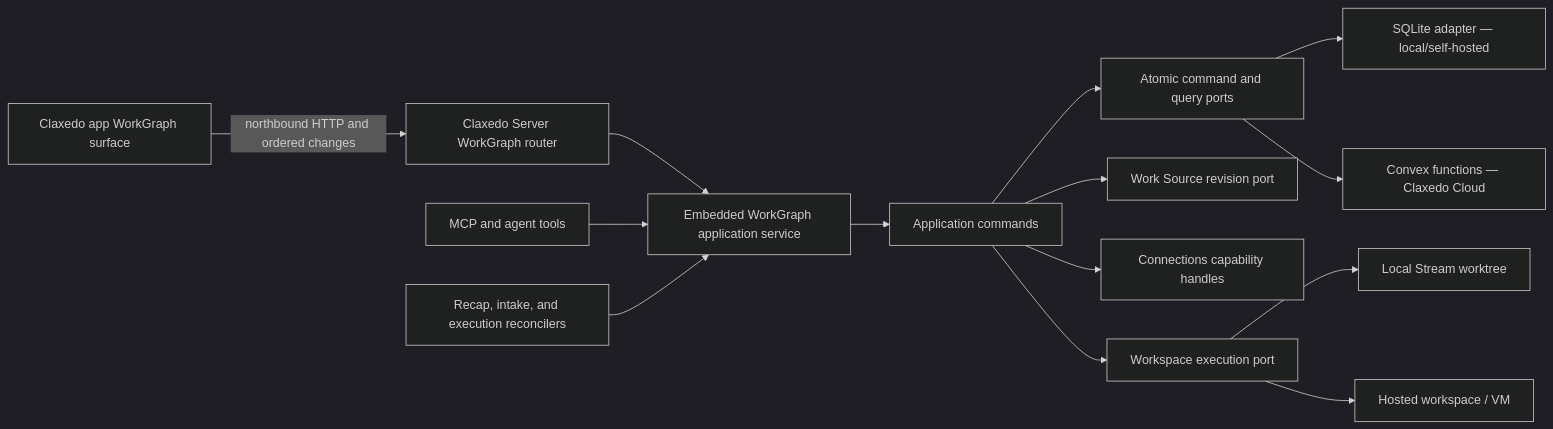
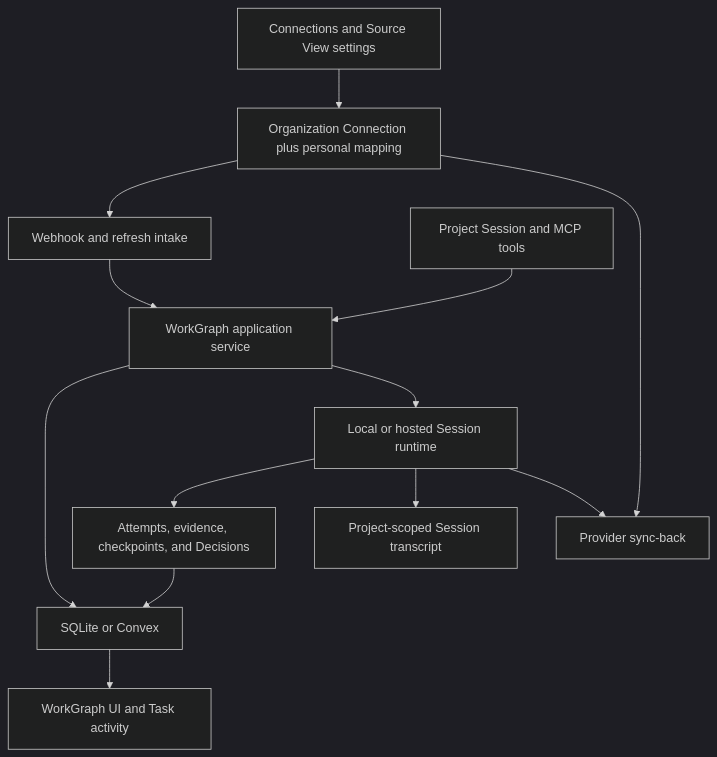
The first of 3 diagrams in docs/plans/2026-07-13-001-goal-execute-workgraph-end-to-end.md (kyashrathore/Claxedo), drawn with Mermaid (dark theme) before and after one commit. The commit also changed other lines of this file and 30 other files, not shown here.

First line of the commit message:
Refactor WorkGraph Overview and Stream Management

````diff
--- a/docs/plans/2026-07-13-001-goal-execute-workgraph-end-to-end.md
+++ b/docs/plans/2026-07-13-001-goal-execute-workgraph-end-to-end.md
@@ -204,16 +164,15 @@
 ```mermaid
-flowchart LR
-  App["Claxedo app WorkGraph surface"] -->|"northbound HTTP and ordered changes"| API["Claxedo Server WorkGraph router"]
-  API --> Embedded["Embedded WorkGraph application service"]
-  MCP["MCP and agent tools"] --> Embedded
-  Workers["Recap, intake, and execution reconcilers"] --> Embedded
-  Embedded --> Commands["Application commands"]
-  Commands --> Ports["Atomic command and query ports"]
-  Ports --> SQLite["SQLite adapter — local/self-hosted"]
-  Ports --> Convex["Convex functions — Claxedo Cloud"]
-  Commands --> Sources["Work Source revision port"]
-  Commands --> Connections["Connections capability handles"]
-  Commands --> Runtime["Workspace execution port"]
-  Runtime --> Local["Local Stream worktree"]
-  Runtime --> Cloud["Hosted workspace / VM"]
+flowchart TB
+  Settings["Connections and Source View settings"] --> Connections["Organization Connection plus personal mapping"]
+  Connections --> Intake["Webhook and refresh intake"]
+  Intake --> WorkGraph["WorkGraph application service"]
+  Chat["Project Session and MCP tools"] --> WorkGraph
+  WorkGraph --> Store["SQLite or Convex"]
+  WorkGraph --> Runtime["Local or hosted Session runtime"]
+  Runtime --> Activity["Attempts, evidence, checkpoints, and Decisions"]
+  Activity --> Store
+  Store --> UI["WorkGraph UI and Task activity"]
+  Runtime --> Transcript["Project-scoped Session transcript"]
+  Connections --> Sync["Provider sync-back"]
+  Runtime --> Sync
 ```
````
